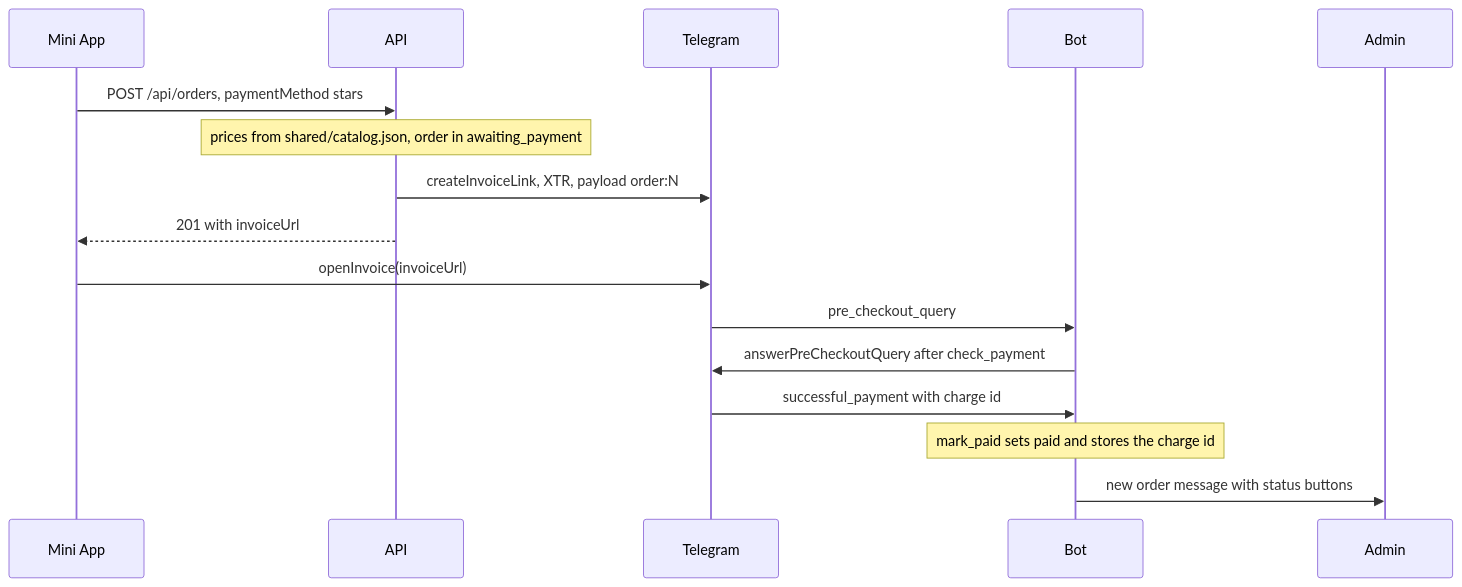
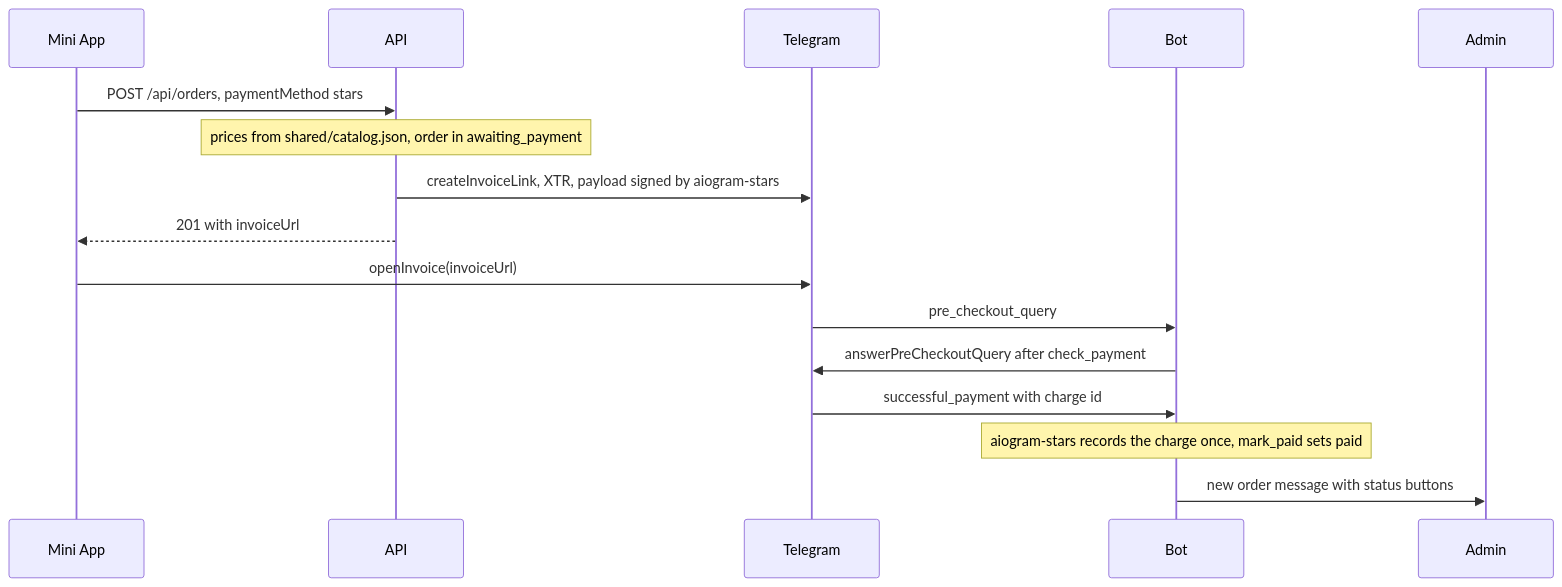
The diagram in README.md (sinnercode228/tg-shop-miniapp), drawn with Mermaid before and after one commit. The commit also changed other lines of this file and 1 other file, not shown here.

Commit message:
Describe the aiogram-stars payment path in both READMEs

````diff
--- a/README.md
+++ b/README.md
@@ -20,18 +20,18 @@
 ```mermaid
 sequenceDiagram
     participant M as Mini App
     participant A as API
     participant T as Telegram
     participant B as Bot
     participant Ad as Admin
     M->>A: POST /api/orders, paymentMethod stars
     Note over A: prices from shared/catalog.json, order in awaiting_payment
-    A->>T: createInvoiceLink, XTR, payload order:N
+    A->>T: createInvoiceLink, XTR, payload signed by aiogram-stars
     A-->>M: 201 with invoiceUrl
     M->>T: openInvoice(invoiceUrl)
     T->>B: pre_checkout_query
     B->>T: answerPreCheckoutQuery after check_payment
     T->>B: successful_payment with charge id
-    Note over B: mark_paid sets paid and stores the charge id
+    Note over B: aiogram-stars records the charge once, mark_paid sets paid
     B->>Ad: new order message with status buttons
 ```
````
